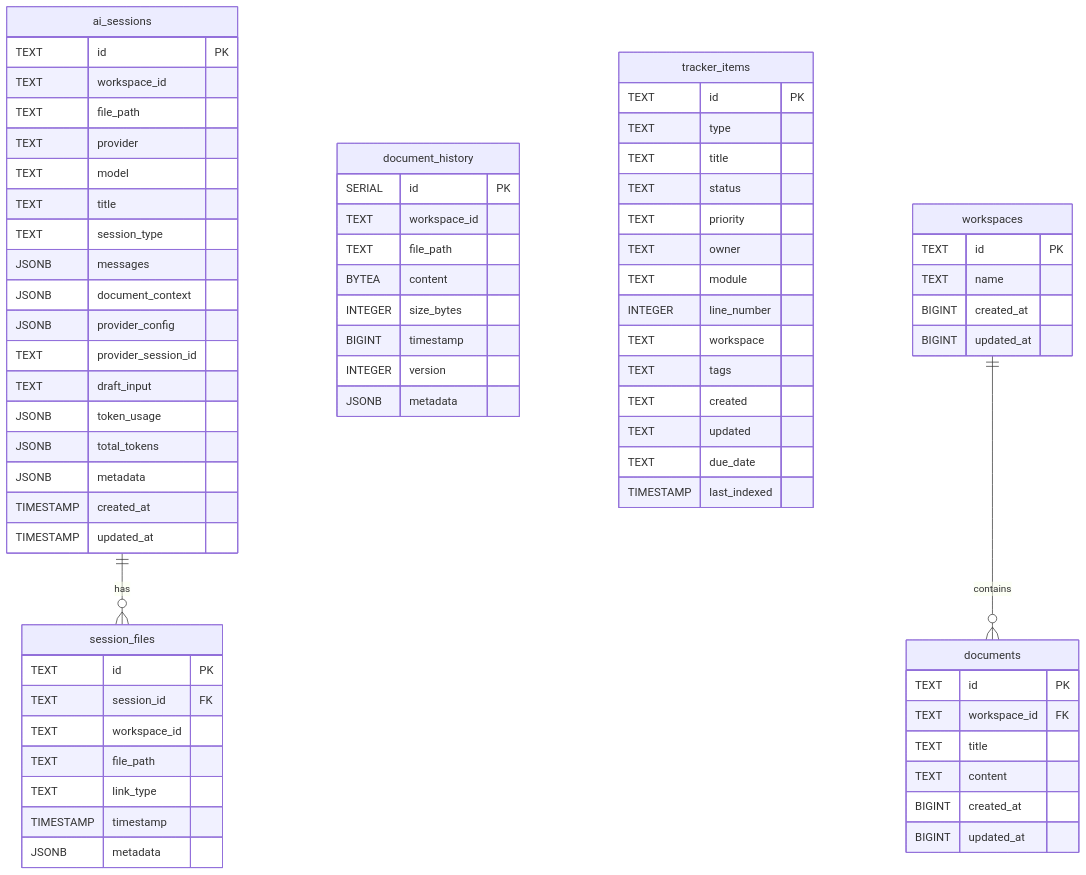
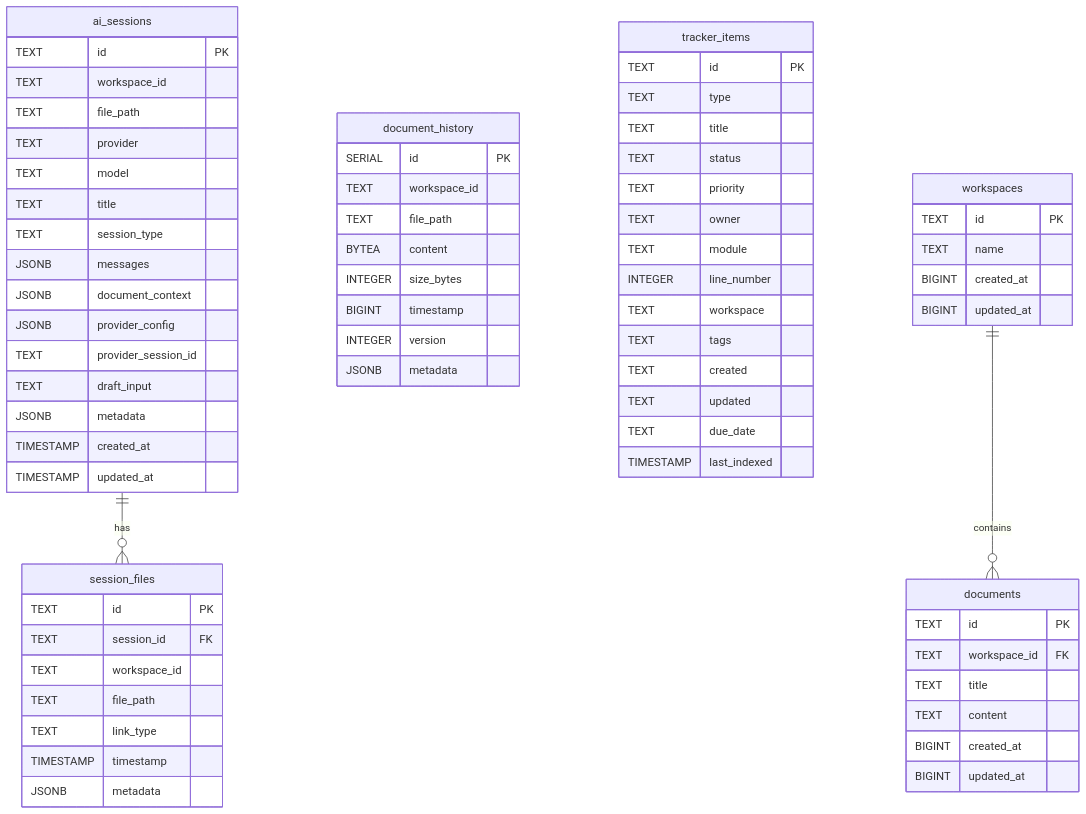
The diagram in docs/DATABASE_SCHEMA.md (Nimbalyst/nimbalyst), drawn with Mermaid before and after one commit. The commit also changed other lines of this file and 12 other files, not shown here.

````diff
--- a/docs/DATABASE_SCHEMA.md
+++ b/docs/DATABASE_SCHEMA.md
@@ -11,79 +11,77 @@
 ```mermaid
 erDiagram
     ai_sessions ||--o{ session_files : "has"
     ai_sessions {
         TEXT id PK
         TEXT workspace_id
         TEXT file_path
         TEXT provider
         TEXT model
         TEXT title
         TEXT session_type
         JSONB messages
         JSONB document_context
         JSONB provider_config
         TEXT provider_session_id
         TEXT draft_input
-        JSONB token_usage
-        JSONB total_tokens
         JSONB metadata
         TIMESTAMP created_at
         TIMESTAMP updated_at
     }
 
     session_files {
         TEXT id PK
         TEXT session_id FK
         TEXT workspace_id
         TEXT file_path
         TEXT link_type
         TIMESTAMP timestamp
         JSONB metadata
     }
 
     document_history {
         SERIAL id PK
         TEXT workspace_id
         TEXT file_path
         BYTEA content
         INTEGER size_bytes
         BIGINT timestamp
         INTEGER version
         JSONB metadata
     }
 
     tracker_items {
         TEXT id PK
         TEXT type
         TEXT title
         TEXT status
         TEXT priority
         TEXT owner
         TEXT module
         INTEGER line_number
         TEXT workspace
         TEXT tags
         TEXT created
         TEXT updated
         TEXT due_date
         TIMESTAMP last_indexed
     }
 
     workspaces {
         TEXT id PK
         TEXT name
         BIGINT created_at
         BIGINT updated_at
     }
 
     documents {
         TEXT id PK
         TEXT workspace_id FK
         TEXT title
         TEXT content
         BIGINT created_at
         BIGINT updated_at
     }
 
     workspaces ||--o{ documents : "contains"
 ```
````
